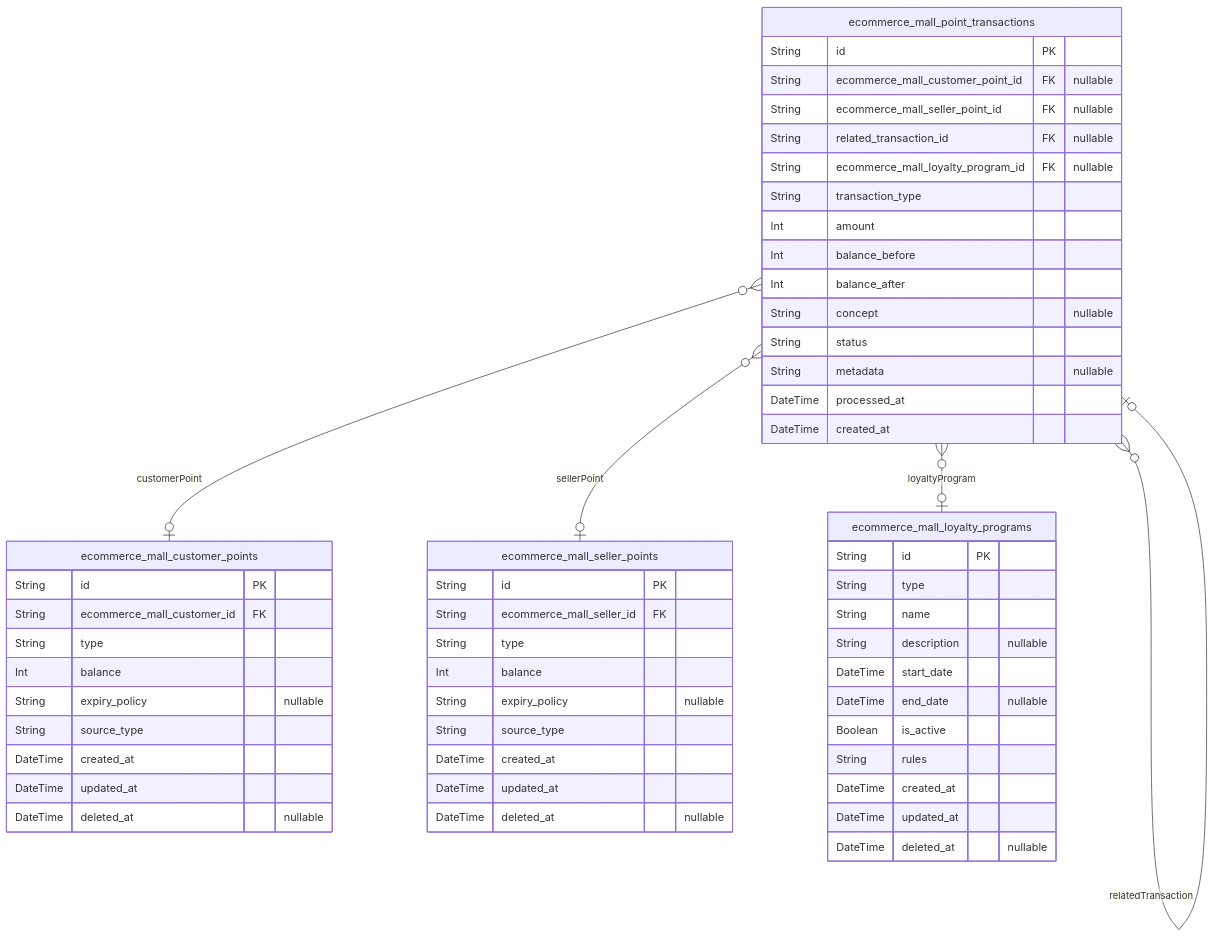
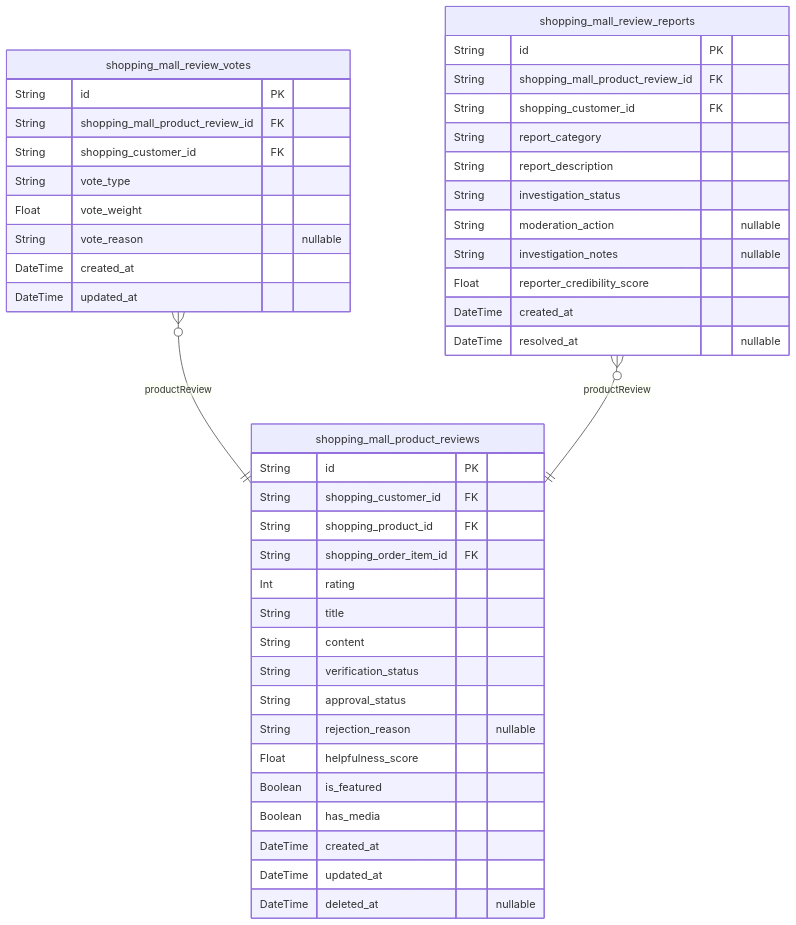
Before and after one commit to wrtnlabs/autobe-examples: the tenth of 12 diagrams in moonshotai/kimi-k2-0905-exacto/shopping/docs/ERD.md, drawn with Mermaid. The commit also changed other lines of this file and 7173 other files, not shown here.

````diff
--- a/moonshotai/kimi-k2-0905-exacto/shopping/docs/ERD.md
+++ b/moonshotai/kimi-k2-0905-exacto/shopping/docs/ERD.md
@@ -2500,58 +3582,46 @@
 ```mermaid
 erDiagram
-"ecommerce_mall_customer_points" {
+"shopping_mall_product_reviews" {
   String id PK
-  String ecommerce_mall_customer_id FK
-  String type
-  Int balance
-  String expiry_policy "nullable"
-  String source_type
+  String shopping_customer_id FK
+  String shopping_product_id FK
+  String shopping_order_item_id FK
+  Int rating
+  String title
+  String content
+  String verification_status
+  String approval_status
+  String rejection_reason "nullable"
+  Float helpfulness_score
+  Boolean is_featured
+  Boolean has_media
   DateTime created_at
   DateTime updated_at
   DateTime deleted_at "nullable"
 }
-"ecommerce_mall_seller_points" {
+"shopping_mall_review_votes" {
   String id PK
-  String ecommerce_mall_seller_id FK
-  String type
-  Int balance
-  String expiry_policy "nullable"
-  String source_type
+  String shopping_mall_product_review_id FK
+  String shopping_customer_id FK
+  String vote_type
+  Float vote_weight
+  String vote_reason "nullable"
   DateTime created_at
   DateTime updated_at
-  DateTime deleted_at "nullable"
 }
-"ecommerce_mall_point_transactions" {
+"shopping_mall_review_reports" {
   String id PK
-  String ecommerce_mall_customer_point_id FK "nullable"
-  String ecommerce_mall_seller_point_id FK "nullable"
-  String related_transaction_id FK "nullable"
-  String ecommerce_mall_loyalty_program_id FK "nullable"
-  String transaction_type
-  Int amount
-  Int balance_before
-  Int balance_after
-  String concept "nullable"
-  String status
-  String metadata "nullable"
-  DateTime processed_at
+  String shopping_mall_product_review_id FK
+  String shopping_customer_id FK
+  String report_category
+  String report_description
+  String investigation_status
+  String moderation_action "nullable"
+  String investigation_notes "nullable"
+  Float reporter_credibility_score
   DateTime created_at
+  DateTime resolved_at "nullable"
 }
-"ecommerce_mall_loyalty_programs" {
-  String id PK
-  String type
-  String name
-  String description "nullable"
-  DateTime start_date
-  DateTime end_date "nullable"
-  Boolean is_active
-  String rules
-  DateTime created_at
-  DateTime updated_at
-  DateTime deleted_at "nullable"
-}
-"ecommerce_mall_point_transactions" }o--o| "ecommerce_mall_customer_points" : customerPoint
-"ecommerce_mall_point_transactions" }o--o| "ecommerce_mall_seller_points" : sellerPoint
-"ecommerce_mall_point_transactions" }o--o| "ecommerce_mall_point_transactions" : relatedTransaction
-"ecommerce_mall_point_transactions" }o--o| "ecommerce_mall_loyalty_programs" : loyaltyProgram
+"shopping_mall_review_votes" }o--|| "shopping_mall_product_reviews" : productReview
+"shopping_mall_review_reports" }o--|| "shopping_mall_product_reviews" : productReview
 ```
````
